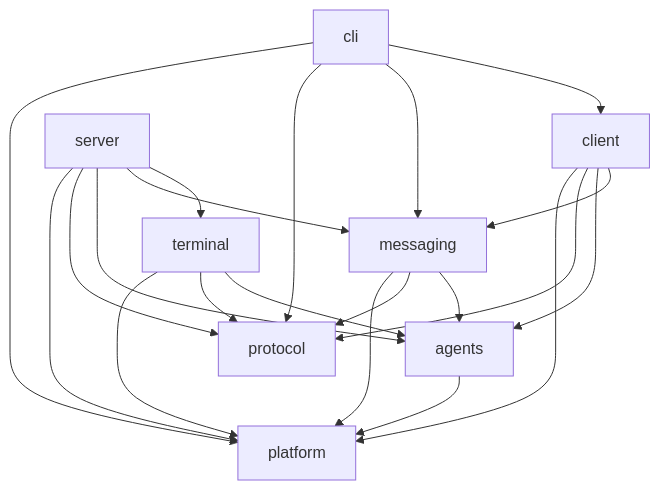
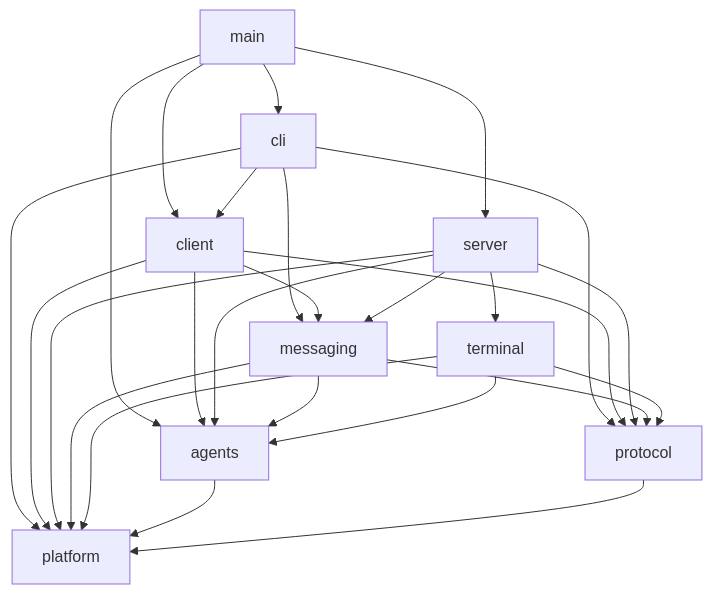
One commit to asura1234/bus changed the first of 4 diagrams in docs/bus-architecture.md. Above: the diagram before and after it, drawn with Mermaid. The commit also changed other lines of this file, not shown here.

Commit message:
docs: converge architecture reviews into the bus restructure doc

````diff
--- a/docs/bus-architecture.md
+++ b/docs/bus-architecture.md
@@ -200,10 +217,11 @@
 ```mermaid
 flowchart TD
+  main --> cli & server & client & agents
   cli --> client & messaging & protocol & platform
   client --> messaging & agents & protocol & platform
   server --> terminal & messaging & agents & protocol & platform
   messaging --> agents & protocol & platform
   terminal --> agents & protocol & platform
   agents --> platform
-  protocol
+  protocol --> platform
 ```
````
